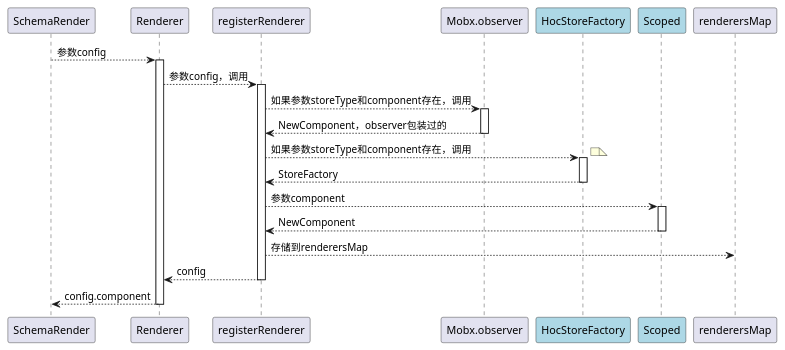
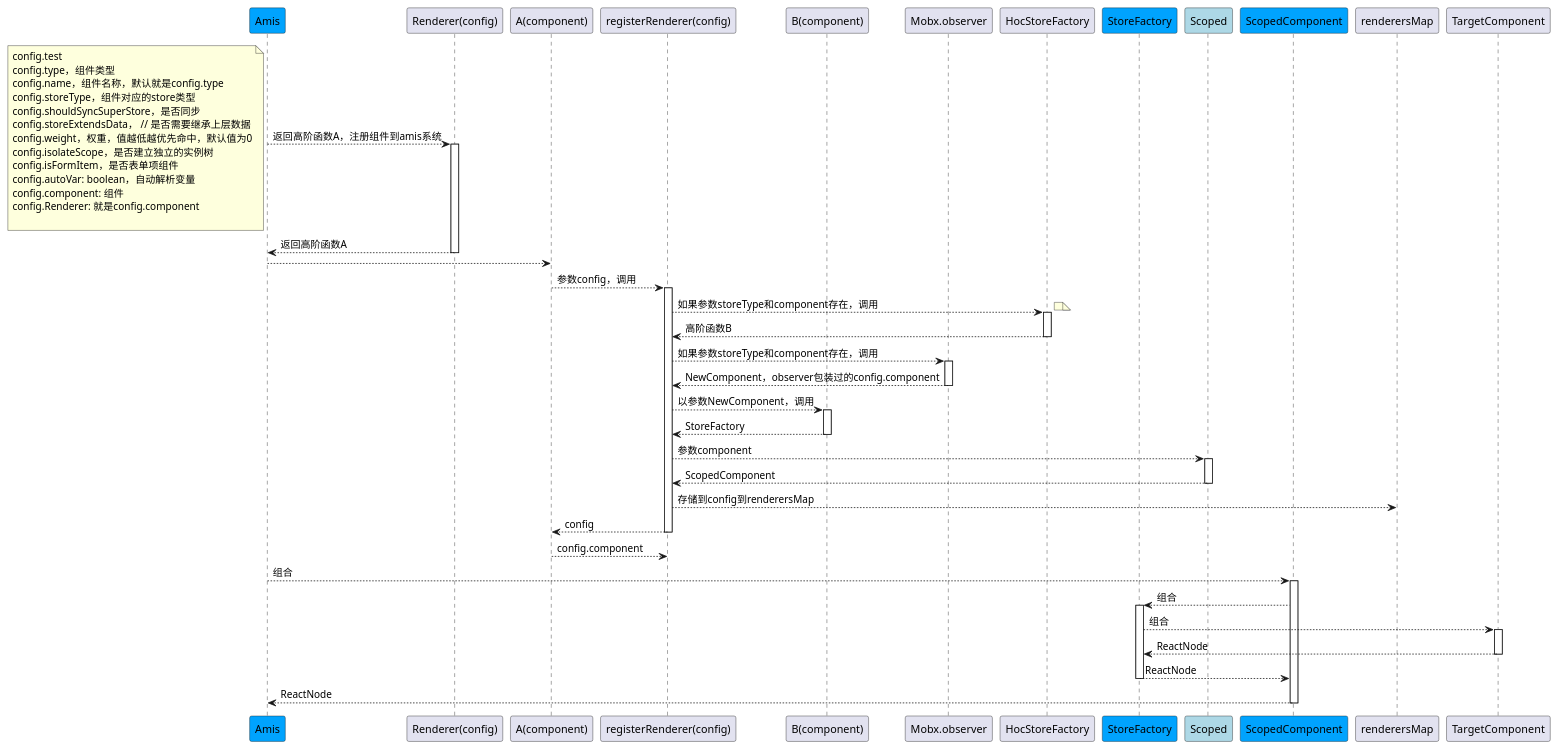
Before and after one commit to TigerWFH/webapp: the diagram in doc/专业知识/amis/Renderer.wsd, drawn with PlantUML. The commit also changed 2 other files, not shown here.

```diff
--- a/doc/专业知识/amis/Renderer.wsd
+++ b/doc/专业知识/amis/Renderer.wsd
@@ -1,23 +1,53 @@
 @startuml Renderer调用流程
-participant SchemaRender
-participant Renderer
-participant registerRenderer
+participant Amis #00a3fe
+participant "Renderer(config)" as Renderer
+participant "A(component)" as A
+participant "registerRenderer(config)" as registerRenderer
+participant "B(component)" as B
 participant Mobx.observer
-participant HocStoreFactory #LightBlue
+participant HocStoreFactory
+participant StoreFactory #00a3fe
 participant Scoped #LightBlue
+participant ScopedComponent #00a3fe
 participant renderersMap
 
-SchemaRender --> Renderer ++ : 参数config
-    Renderer --> registerRenderer ++ : 参数config，调用
-        registerRenderer --> Mobx.observer ++ : 如果参数storeType和component存在，调用
-        return NewComponent，observer包装过的
+Amis --> Renderer ++ : 返回高阶函数A，注册组件到amis系统
+note left
+    config.test
+    config.type，组件类型
+    config.name，组件名称，默认就是config.type
+    config.storeType，组件对应的store类型
+    config.shouldSyncSuperStore，是否同步
+    config.storeExtendsData， // 是否需要继承上层数据
+    config.weight，权重，值越低越优先命中，默认值为0
+    config.isolateScope，是否建立独立的实例树
+    config.isFormItem，是否表单项组件
+    config.autoVar: boolean，自动解析变量
+    config.component: 组件
+    config.Renderer: 就是config.component
+    
+end note
+    return 返回高阶函数A
+Amis --> A
+    A --> registerRenderer ++ : 参数config，调用
         registerRenderer --> HocStoreFactory ++ : 如果参数storeType和component存在，调用
         note right
         end note
+        return 高阶函数B
+        registerRenderer --> Mobx.observer ++ : 如果参数storeType和component存在，调用
+        return NewComponent，observer包装过的config.component
+        registerRenderer --> B ++ : 以参数NewComponent，调用
         return StoreFactory
         registerRenderer --> Scoped ++ : 参数component
-        return NewComponent
-        registerRenderer --> renderersMap : 存储到renderersMap
+        return ScopedComponent
+        registerRenderer --> renderersMap : 存储到config到renderersMap
     return config
 return config.component
+
+Amis --> ScopedComponent ++: 组合
+ScopedComponent --> StoreFactory ++: 组合
+StoreFactory --> TargetComponent ++: 组合
+return ReactNode
+return ReactNode
+return ReactNode
 @enduml
```
